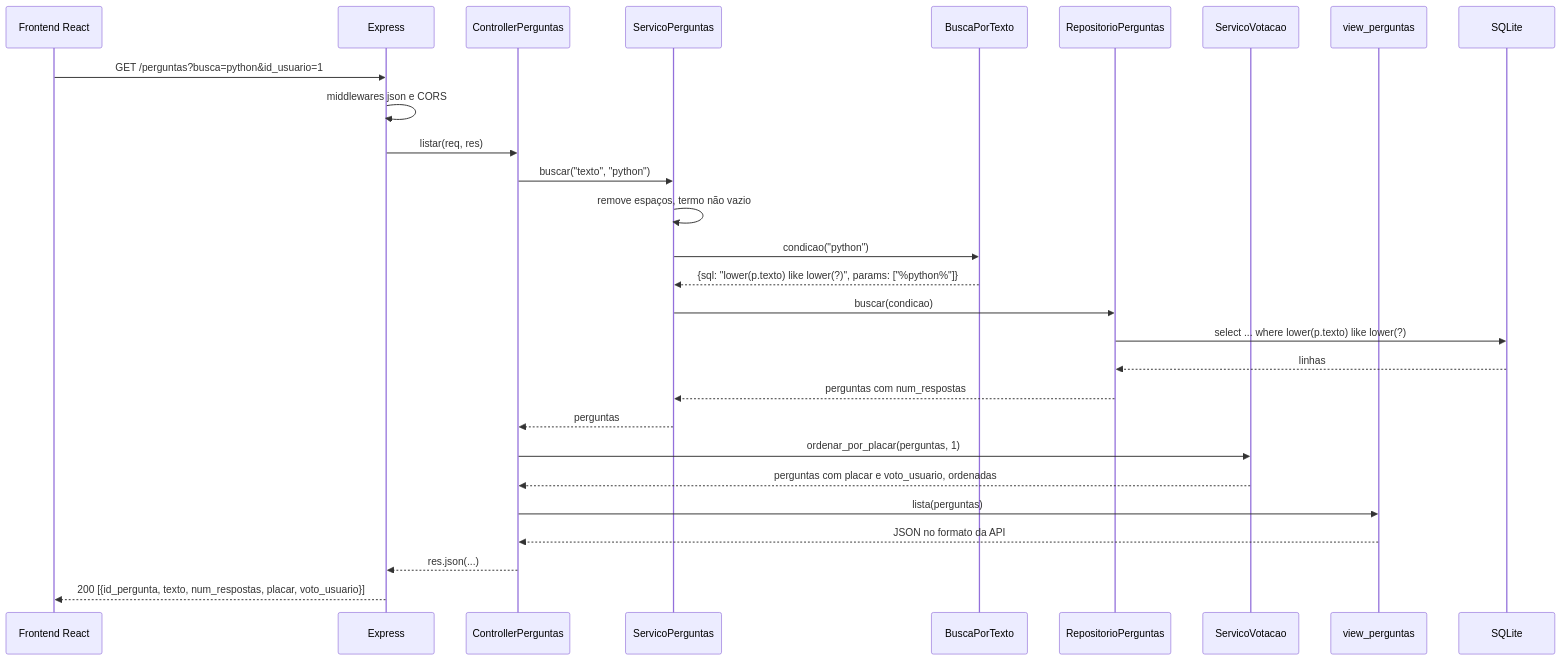
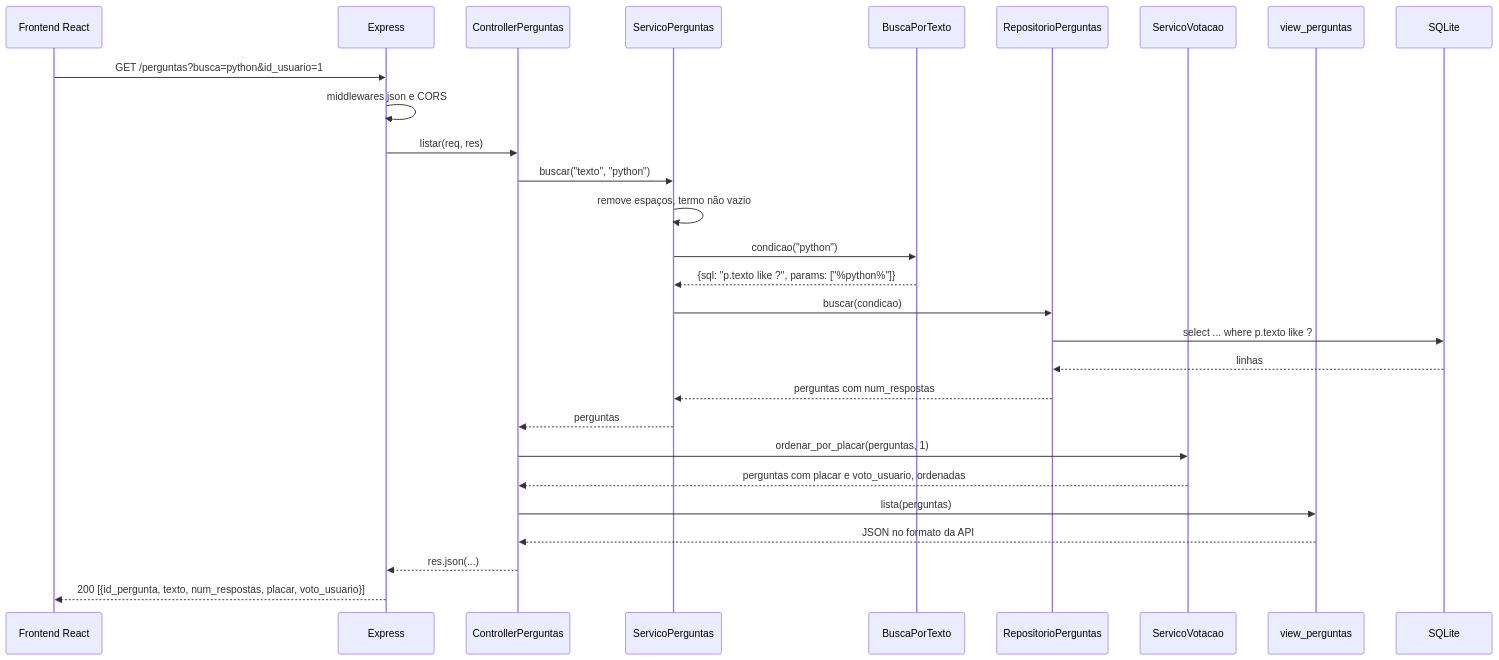
One commit to ayanliger/esmforum changed the diagram in diagramas/proposta_fluxo_mvc.mmd. Above: the diagram before and after it, drawn with Mermaid. The commit also changed 6 other files, not shown here.

```diff
--- a/diagramas/proposta_fluxo_mvc.mmd
+++ b/diagramas/proposta_fluxo_mvc.mmd
@@ -1,29 +1,29 @@
 sequenceDiagram
     participant F as Frontend React
     participant E as Express
     participant C as ControllerPerguntas
     participant SP as ServicoPerguntas
     participant BT as BuscaPorTexto
     participant RP as RepositorioPerguntas
     participant SV as ServicoVotacao
     participant V as view_perguntas
     participant B as SQLite
 
     F->>E: GET /perguntas?busca=python&id_usuario=1
     E->>E: middlewares json e CORS
     E->>C: listar(req, res)
     C->>SP: buscar("texto", "python")
     SP->>SP: remove espaços, termo não vazio
     SP->>BT: condicao("python")
-    BT-->>SP: {sql: "lower(p.texto) like lower(?)", params: ["%python%"]}
+    BT-->>SP: {sql: "p.texto like ?", params: ["%python%"]}
     SP->>RP: buscar(condicao)
-    RP->>B: select ... where lower(p.texto) like lower(?)
+    RP->>B: select ... where p.texto like ?
     B-->>RP: linhas
     RP-->>SP: perguntas com num_respostas
     SP-->>C: perguntas
     C->>SV: ordenar_por_placar(perguntas, 1)
     SV-->>C: perguntas com placar e voto_usuario, ordenadas
     C->>V: lista(perguntas)
     V-->>C: JSON no formato da API
     C-->>E: res.json(...)
     E-->>F: 200 [{id_pergunta, texto, num_respostas, placar, voto_usuario}]
```
